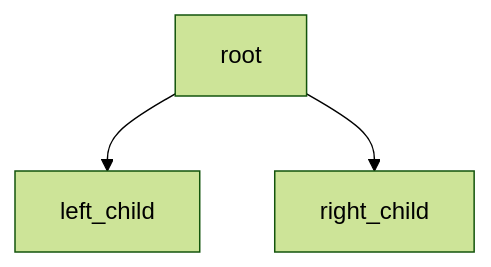
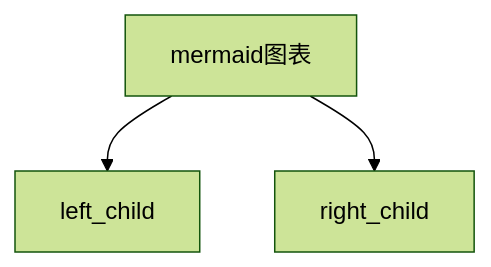
One commit to Steven-Zhl/Future-Imperfect_Jekyll-Template changed the diagram in _posts/2023-07-05-test.md. Above: the diagram before and after it, drawn with Mermaid (forest theme). The commit also changed other lines of this file, not shown here.

Commit message:
[Update]更新测试文件的内容

```diff
--- a/_posts/2023-07-05-test.md
+++ b/_posts/2023-07-05-test.md
@@ -70,5 +70,5 @@
 <div class="mermaid">
 graph TD;
-root --> left_child
-root --> right_child
+mermaid图表 --> left_child
+mermaid图表 --> right_child
 </div>
```
